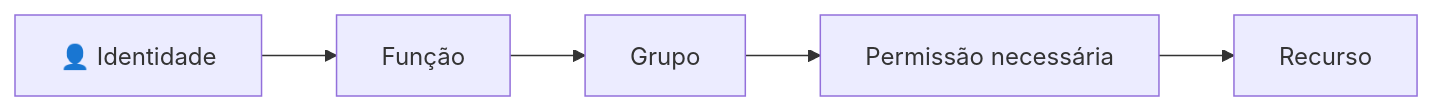
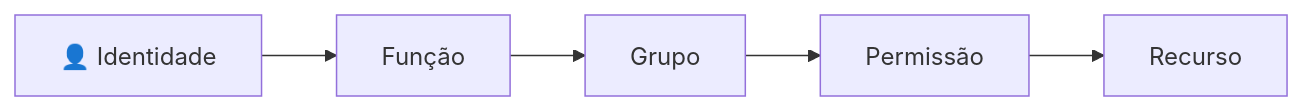
Before and after one commit to IsadoraVanderlan/active-directory-linux-integration-lab: diagram 12 of 13 in README.md, drawn with Mermaid. The commit also changed other lines of this file, not shown here.

````diff
--- a/README.md
+++ b/README.md
@@ -600,7 +710,7 @@
 ```mermaid
 flowchart LR
     I["👤 Identidade"] --> F["Função"]
     F --> G["Grupo"]
-    G --> P["Permissão necessária"]
+    G --> P["Permissão"]
     P --> R["Recurso"]
 ```
````
